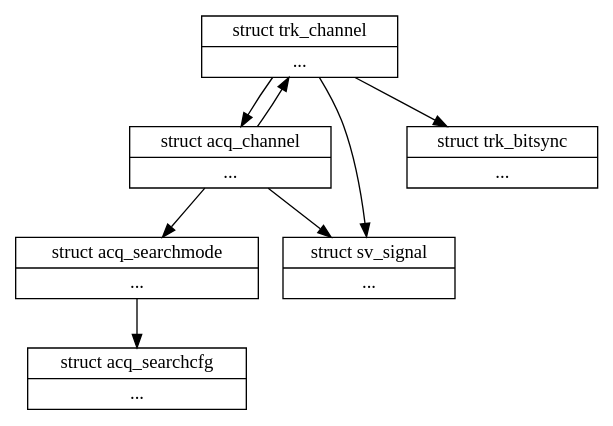
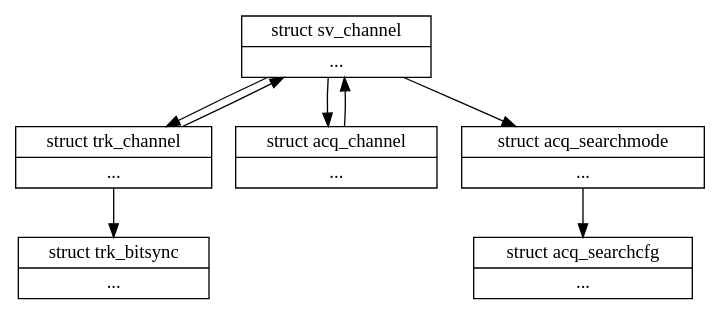
Before and after one commit to bookie/channel: the diagram in trkchan.md, drawn with Graphviz. The commit also changed other lines of this file, not shown here.

````diff
--- a/trkchan.md
+++ b/trkchan.md
@@ -4,17 +4,19 @@
 ```dot
 digraph G
 {
   node [shape = record];
+  svchan [label = "{ struct sv_channel | ... }"];
+
   trkchan [label = "{ struct trk_channel | ... }"];
+  bitsync [label = "{ struct trk_bitsync | ... }"];
+
   acqchan [label = "{ struct acq_channel | ... }"];
   acqmode [label = "{ struct acq_searchmode | ... }"];
   acqcfg [label = "{ struct acq_searchcfg | ... }"];
-  
-  sig [label = "{ struct sv_signal | ... }"];
-  bitsync [label = "{ struct trk_bitsync | ... }"];
-  trkchan -> acqchan -> sig;
-  acqchan -> trkchan -> sig;
-  acqchan -> acqmode -> acqcfg;
+
+  acqchan -> svchan -> acqchan;
+  trkchan -> svchan -> trkchan;
+  svchan -> acqmode -> acqcfg;
   trkchan -> bitsync;
 }
 ```
````
